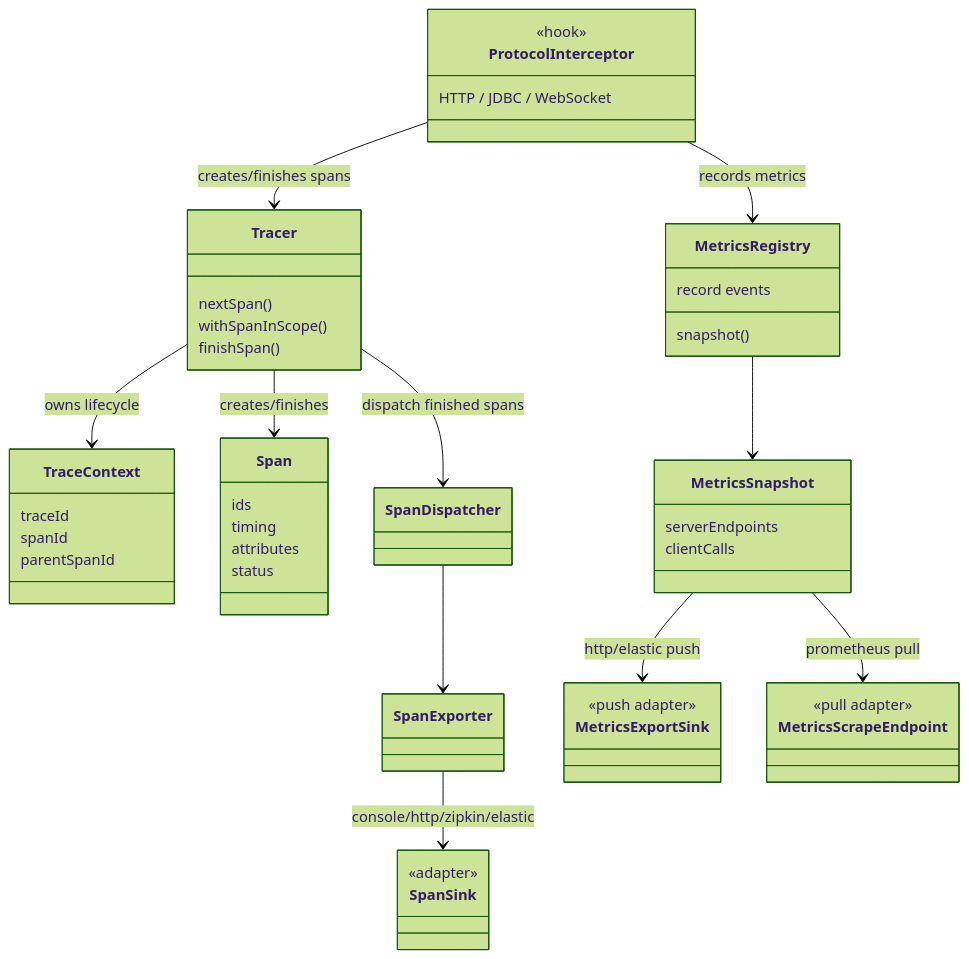
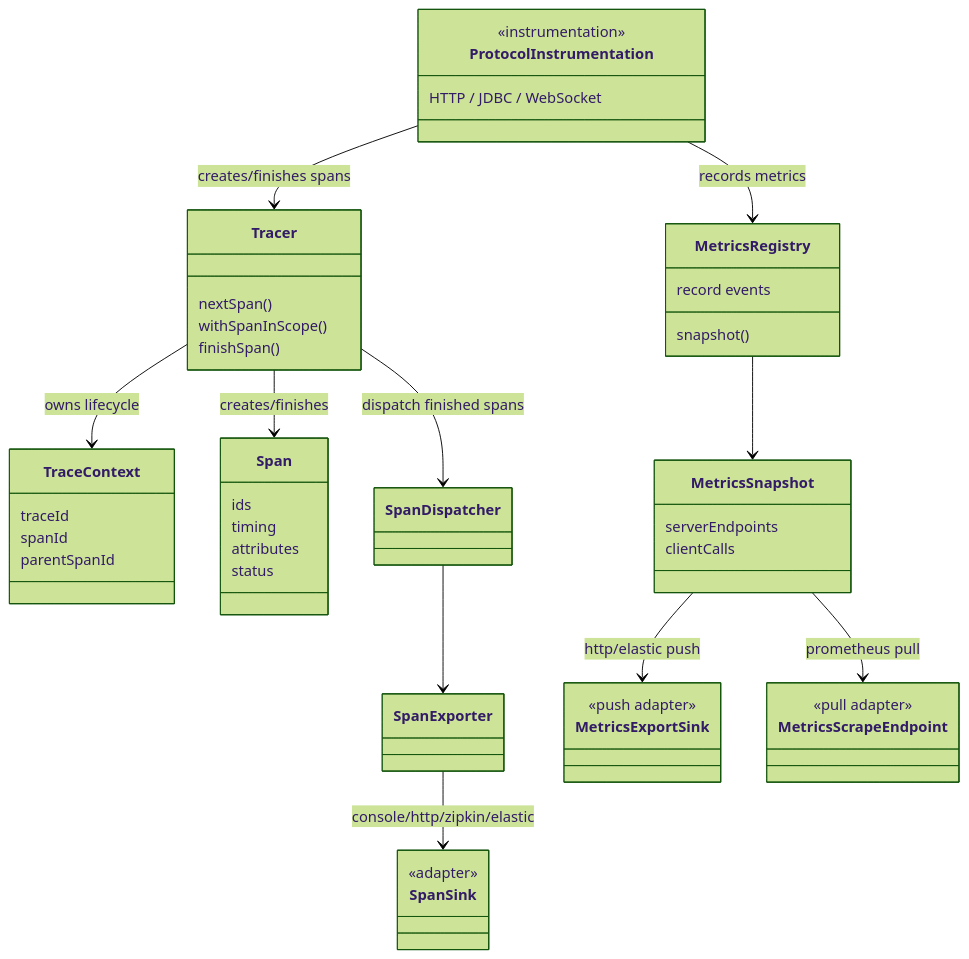
The diagram in README.md (d2mteam/mini-observability-distributed), drawn with Mermaid (forest theme) before and after one commit. The commit also changed other lines of this file, not shown here.

````diff
--- a/README.md
+++ b/README.md
@@ -18,61 +18,61 @@
 ```mermaid
 classDiagram
-    class ProtocolInterceptor {
-        <<hook>>
+    class ProtocolInstrumentation {
+        <<instrumentation>>
         HTTP / JDBC / WebSocket
     }
 
     class Tracer {
         nextSpan()
         withSpanInScope()
         finishSpan()
     }
 
     class TraceContext {
         traceId
         spanId
         parentSpanId
     }
 
     class Span {
         ids
         timing
         attributes
         status
     }
 
     class SpanDispatcher
     class SpanExporter
     class SpanSink {
         <<adapter>>
     }
 
     class MetricsRegistry {
         record events
         snapshot()
     }
 
     class MetricsSnapshot {
         serverEndpoints
         clientCalls
     }
 
     class MetricsExportSink {
         <<push adapter>>
     }
 
     class MetricsScrapeEndpoint {
         <<pull adapter>>
     }
 
-    ProtocolInterceptor --> Tracer : creates/finishes spans
-    ProtocolInterceptor --> MetricsRegistry : records metrics
+    ProtocolInstrumentation --> Tracer : creates/finishes spans
+    ProtocolInstrumentation --> MetricsRegistry : records metrics
     Tracer --> TraceContext : owns lifecycle
     Tracer --> Span : creates/finishes
     Tracer --> SpanDispatcher : dispatch finished spans
     SpanDispatcher --> SpanExporter
     SpanExporter --> SpanSink : console/http/zipkin/elastic
     MetricsRegistry --> MetricsSnapshot
     MetricsSnapshot --> MetricsExportSink : http/elastic push
     MetricsSnapshot --> MetricsScrapeEndpoint : prometheus pull
 ```
````
